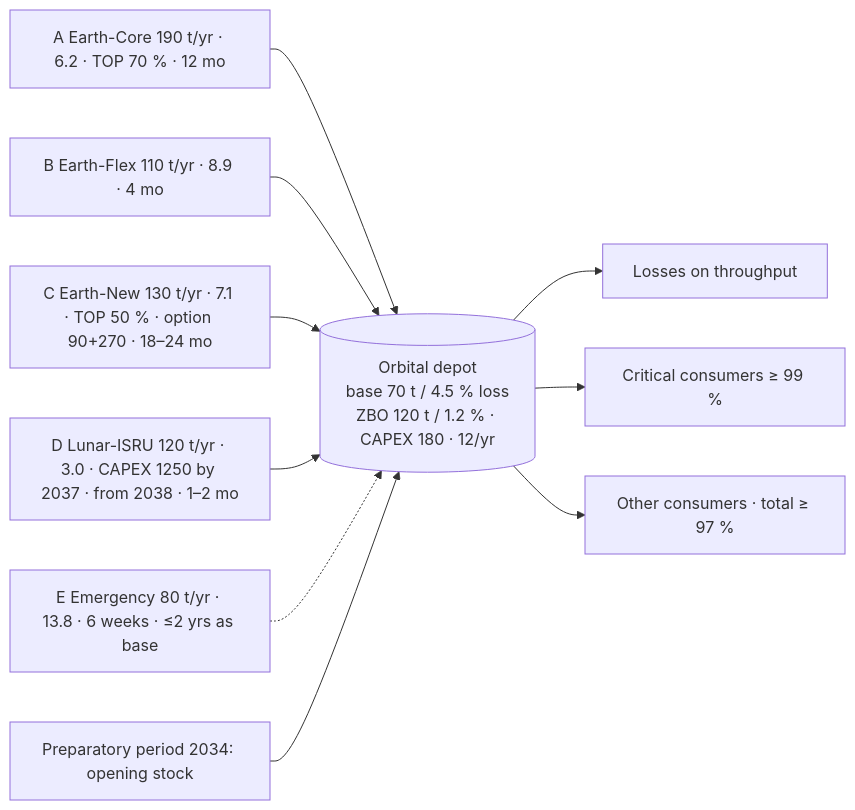
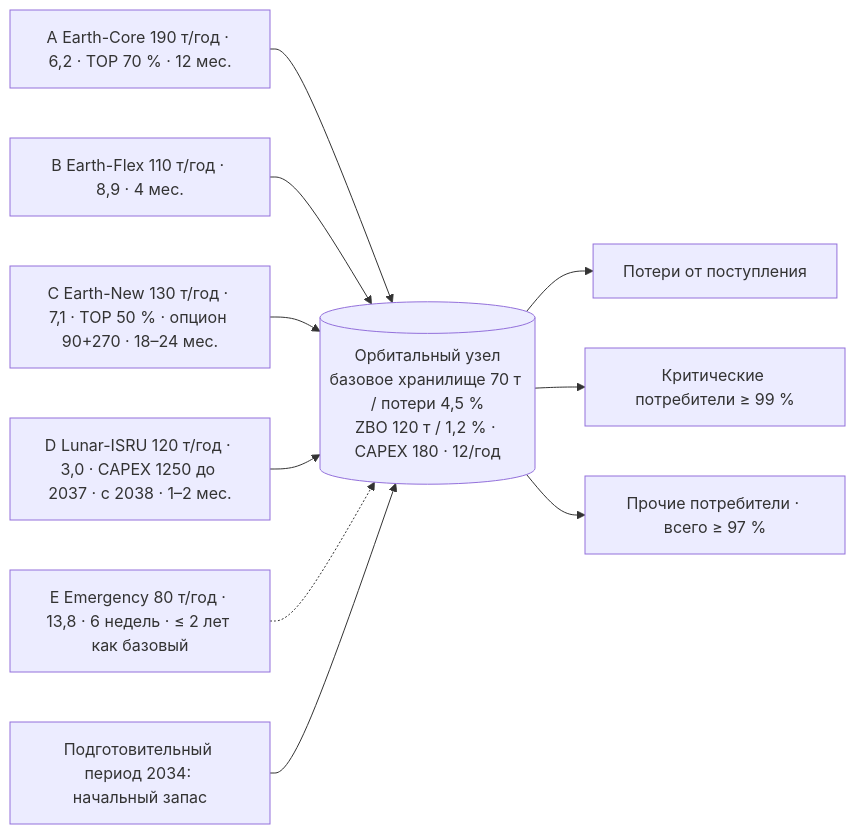
One commit to pmixay/hackathon-1809 changed the diagram in docs/architecture.md. Above: the diagram before and after it, drawn with Mermaid. The commit also changed other lines of this file and 383 other files, not shown here.

````diff
--- a/docs/architecture.md
+++ b/docs/architecture.md
@@ -8,12 +8,12 @@
 ```mermaid
 flowchart LR
-    A[A Earth-Core 190 t/yr · 6.2 · TOP 70 % · 12 mo] --> HUB
-    B[B Earth-Flex 110 t/yr · 8.9 · 4 mo] --> HUB
-    C[C Earth-New 130 t/yr · 7.1 · TOP 50 % · option 90+270 · 18–24 mo] --> HUB
-    D[D Lunar-ISRU 120 t/yr · 3.0 · CAPEX 1250 by 2037 · from 2038 · 1–2 mo] --> HUB
-    E[E Emergency 80 t/yr · 13.8 · 6 weeks · ≤2 yrs as base] -.-> HUB
-    HUB[(Orbital depot<br/>base 70 t / 4.5 % loss<br/>ZBO 120 t / 1.2 % · CAPEX 180 · 12/yr)] --> L[Losses on throughput]
-    HUB --> CR[Critical consumers ≥ 99 %]
-    HUB --> OT[Other consumers · total ≥ 97 %]
-    PREP[Preparatory period 2034: opening stock] --> HUB
+    A[A Earth-Core 190 т/год · 6,2 · TOP 70 % · 12 мес.] --> HUB
+    B[B Earth-Flex 110 т/год · 8,9 · 4 мес.] --> HUB
+    C[C Earth-New 130 т/год · 7,1 · TOP 50 % · опцион 90+270 · 18–24 мес.] --> HUB
+    D[D Lunar-ISRU 120 т/год · 3,0 · CAPEX 1250 до 2037 · с 2038 · 1–2 мес.] --> HUB
+    E[E Emergency 80 т/год · 13,8 · 6 недель · ≤ 2 лет как базовый] -.-> HUB
+    HUB[(Орбитальный узел<br/>базовое хранилище 70 т / потери 4,5 %<br/>ZBO 120 т / 1,2 % · CAPEX 180 · 12/год)] --> L[Потери от поступления]
+    HUB --> CR[Критические потребители ≥ 99 %]
+    HUB --> OT[Прочие потребители · всего ≥ 97 %]
+    PREP[Подготовительный период 2034: начальный запас] --> HUB
 ```
````
